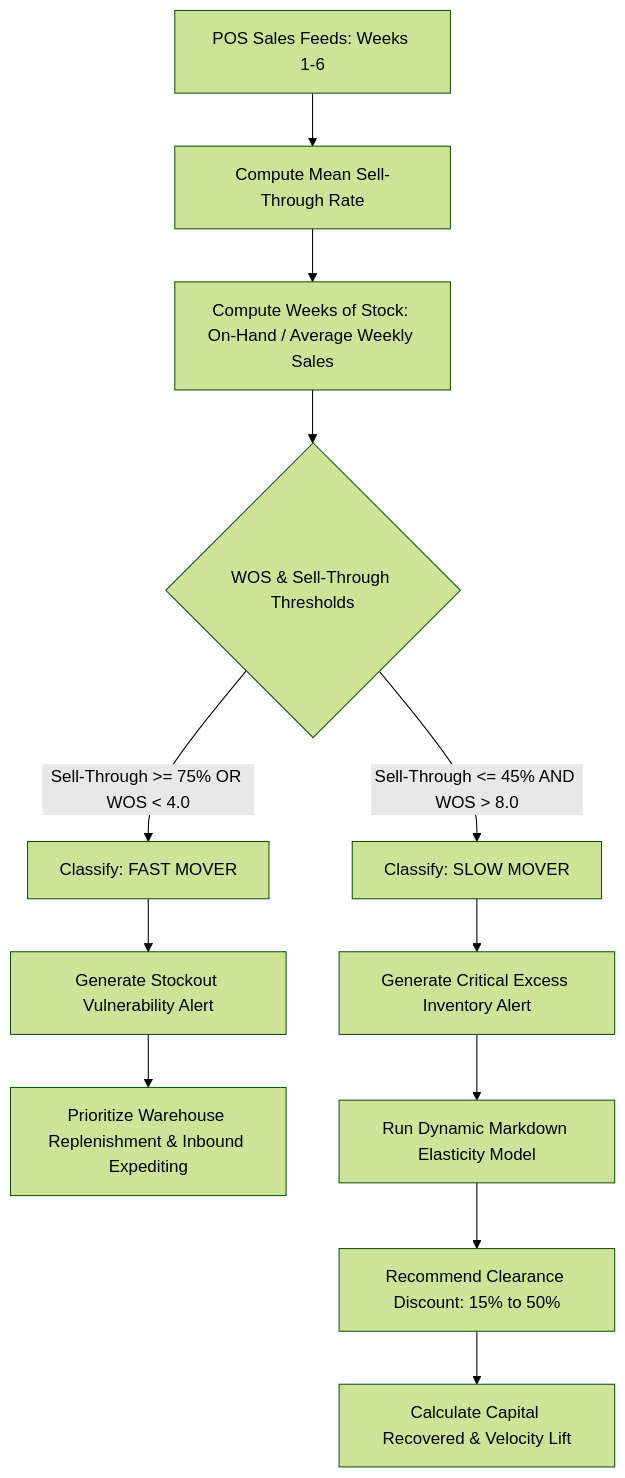
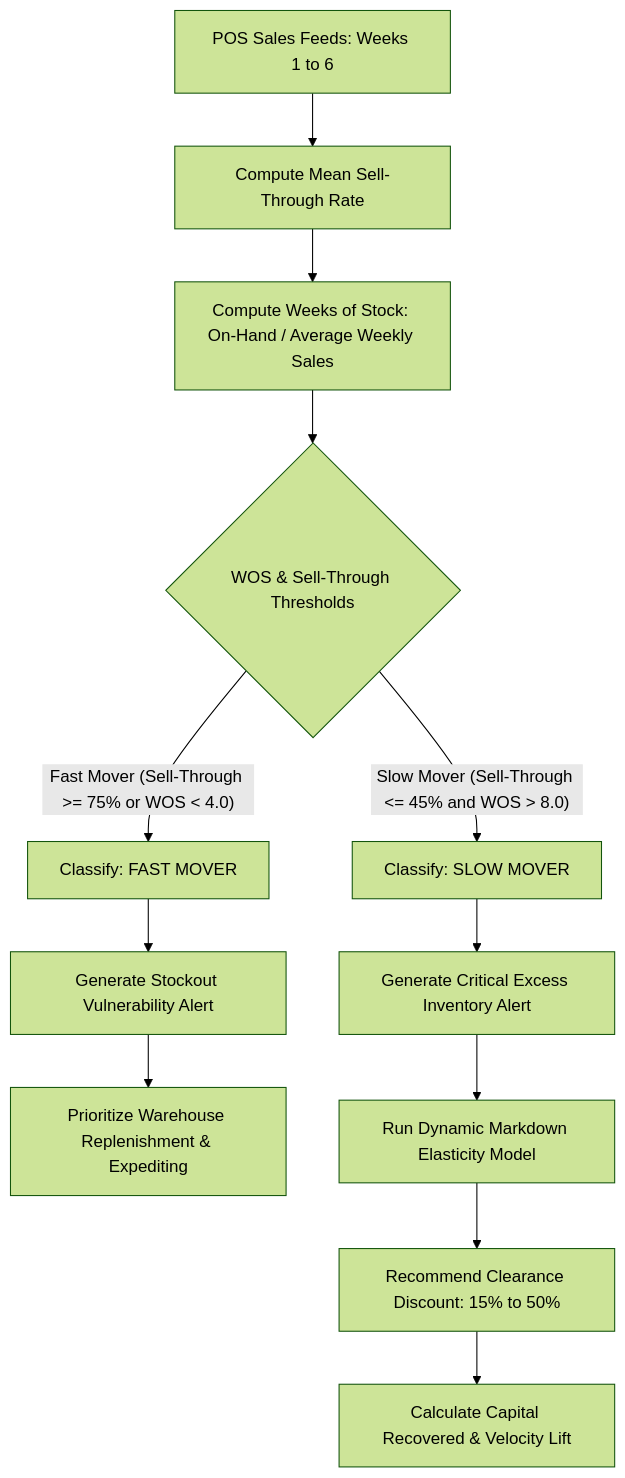
Before and after one commit to notsooamit/trendwear-integrated-sop: the sixth of 8 diagrams in docs/BUSINESS_FLOW_SPECIFICATION.md, drawn with Mermaid (forest theme). The commit also changed other lines of this file and 3 other files, not shown here.

Commit message:
fix(docs): quote Mermaid node labels and format KaTeX mathematical formulas for GitHub rendering

````diff
--- a/docs/BUSINESS_FLOW_SPECIFICATION.md
+++ b/docs/BUSINESS_FLOW_SPECIFICATION.md
@@ -205,17 +235,17 @@
 ```mermaid
 flowchart TD
-    A[POS Sales Feeds: Weeks 1-6] --> B[Compute Mean Sell-Through Rate]
-    B --> C[Compute Weeks of Stock: On-Hand / Average Weekly Sales]
+    A["POS Sales Feeds: Weeks 1 to 6"] --> B["Compute Mean Sell-Through Rate"]
+    B --> C["Compute Weeks of Stock: On-Hand / Average Weekly Sales"]
     
-    C --> D{WOS & Sell-Through Thresholds}
+    C --> D{"WOS & Sell-Through Thresholds"}
     
-    D -- Sell-Through >= 75% OR WOS < 4.0 --> E[Classify: FAST MOVER]
-    E --> F[Generate Stockout Vulnerability Alert]
-    F --> G[Prioritize Warehouse Replenishment & Inbound Expediting]
+    D -- "Fast Mover (Sell-Through >= 75% or WOS < 4.0)" --> E["Classify: FAST MOVER"]
+    E --> F["Generate Stockout Vulnerability Alert"]
+    F --> G["Prioritize Warehouse Replenishment & Expediting"]
     
-    D -- Sell-Through <= 45% AND WOS > 8.0 --> H[Classify: SLOW MOVER]
-    H --> I[Generate Critical Excess Inventory Alert]
-    I --> J[Run Dynamic Markdown Elasticity Model]
-    J --> K[Recommend Clearance Discount: 15% to 50%]
-    K --> L[Calculate Capital Recovered & Velocity Lift]
+    D -- "Slow Mover (Sell-Through <= 45% and WOS > 8.0)" --> H["Classify: SLOW MOVER"]
+    H --> I["Generate Critical Excess Inventory Alert"]
+    I --> J["Run Dynamic Markdown Elasticity Model"]
+    J --> K["Recommend Clearance Discount: 15% to 50%"]
+    K --> L["Calculate Capital Recovered & Velocity Lift"]
 ```
````
